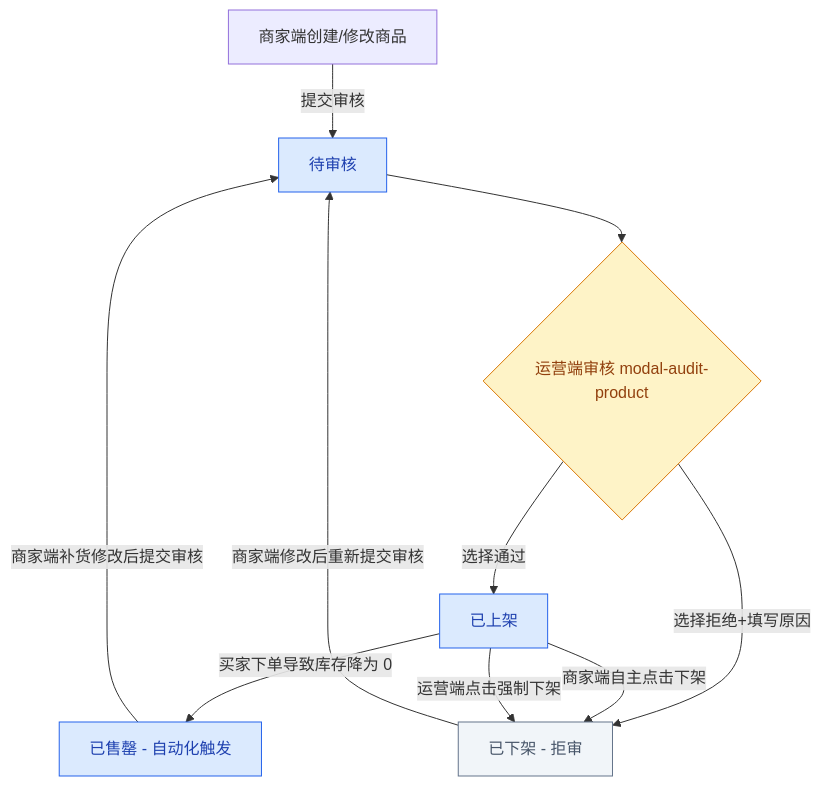
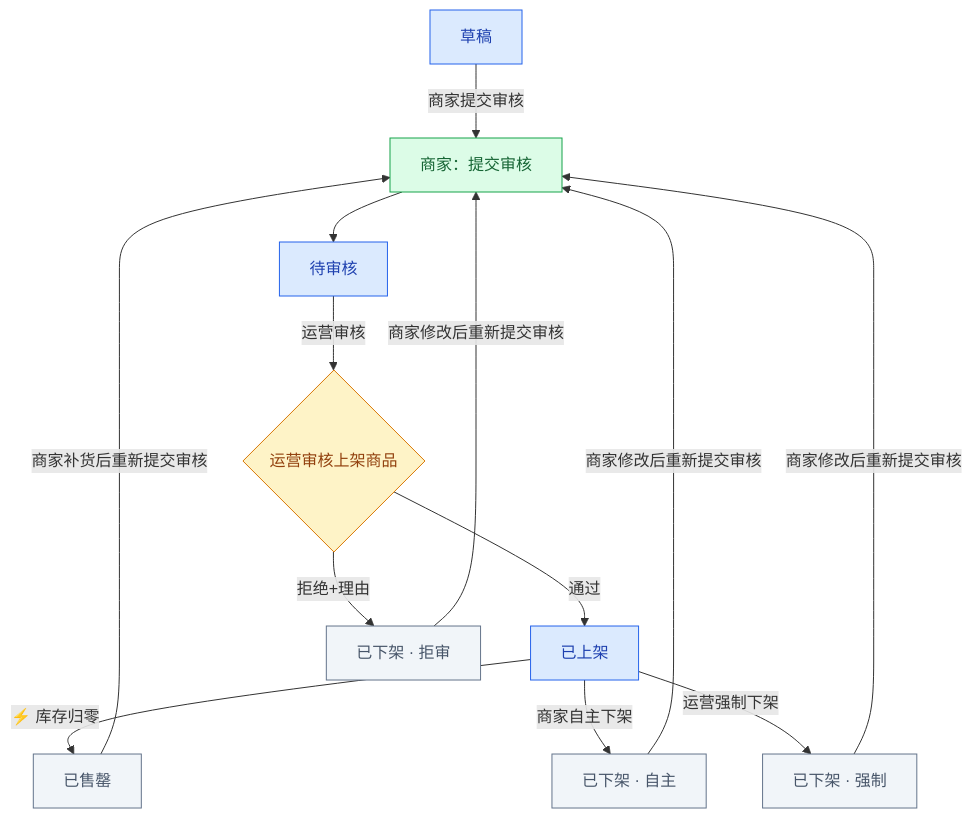
The second of 8 diagrams in Summary/字段表整理文档_完整版.md (barry0-0/sahngliu), drawn with Mermaid before and after one commit. The commit also changed other lines of this file and 11 other files, not shown here.

````diff
--- a/Summary/字段表整理文档_完整版.md
+++ b/Summary/字段表整理文档_完整版.md
@@ -113,18 +153,18 @@
 ```mermaid
 graph TB
-    A[商家端创建/修改商品] -->|提交审核| B[待审核]
-    B --> C{运营端审核 modal-audit-product}
-    C -->|选择通过| D[已上架]
-    C -->|选择拒绝+填写原因| E[已下架 - 拒审]
-    D -->|买家下单导致库存降为 0| F[已售罄 - 自动化触发]
-    D -->|商家端自主点击下架| E
-    D -->|运营端点击强制下架| E
-    E -->|商家端修改后重新提交审核| B
-    F -->|商家端补货修改后提交审核| B
+    A[草稿]:::state
+    A -->|商家提交审核| A1[商家：提交审核]:::btn
+    A1 --> B[待审核]:::state
+    B -->|运营审核| C{运营审核上架商品}:::judge
+    C -->|通过| D[已上架]:::state
+    C -->|拒绝+理由| E[已下架 · 拒审]:::endState
+    D -->|⚡ 库存归零| F[已售罄]:::endState
+    D -->|商家自主下架| G[已下架 · 自主]:::endState
+    D -->|运营强制下架| H[已下架 · 强制]:::endState
+    E & G & H -->|商家修改后重新提交审核| A1
+    F -->|商家补货后重新提交审核| A1
     classDef state fill:#dbeafe,stroke:#2563eb,color:#1e40af
+    classDef btn fill:#dcfce7,stroke:#16a34a,color:#166534
     classDef judge fill:#fef3c7,stroke:#d97706,color:#92400e
     classDef endState fill:#f1f5f9,stroke:#64748b,color:#475569
-    class B,D,F state
-    class C judge
-    class E endState
 ```
````
